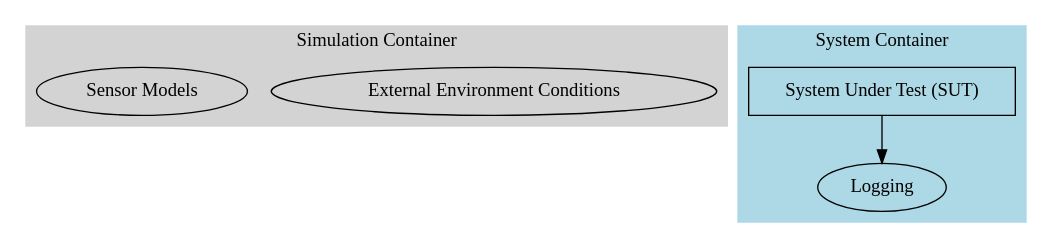
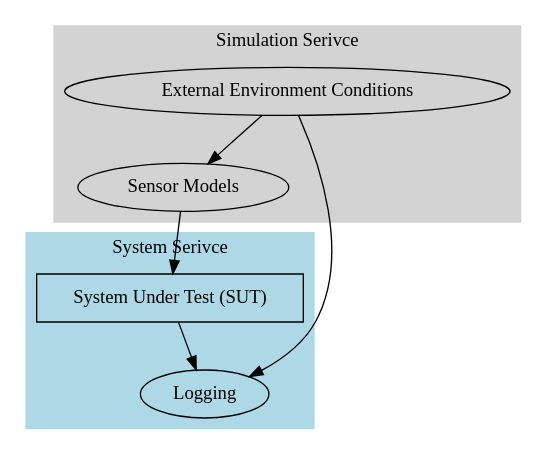
The diagram in seamless_platform.dot (AlaaAlassi/graphviz), drawn with Graphviz before and after one commit. The commit also changed 1 other file, not shown here.

```diff
--- a/seamless_platform.dot
+++ b/seamless_platform.dot
@@ -1,26 +1,31 @@
 digraph G {
-    // Simulation Container
+    // Simulation Serivce
     subgraph cluster_simulation {
-        label = "Simulation Container";
+        label = "Simulation Serivce";
         style = filled;
         color = lightgrey;
         
         Environment [shape=ellipse, label="External Environment Conditions"];
         SensorModels [shape=ellipse, label="Sensor Models"];
+
+        Environment -> SensorModels;
+
         
     }
     
-    // System Container
+    // System Serivce
     subgraph cluster_system {
-        label = "System Container";
+        label = "System Serivce";
         style = filled;
         color = lightblue;
         
         SUT [shape=box, label="System Under Test (SUT)"];
         Logging [shape=ellipse, label="Logging"];
         
         SUT -> Logging;
     }
     
-    // Connecting the containers
+    // Connecting the Serivces
+    SensorModels -> SUT
+    Environment -> Logging
 }
```
